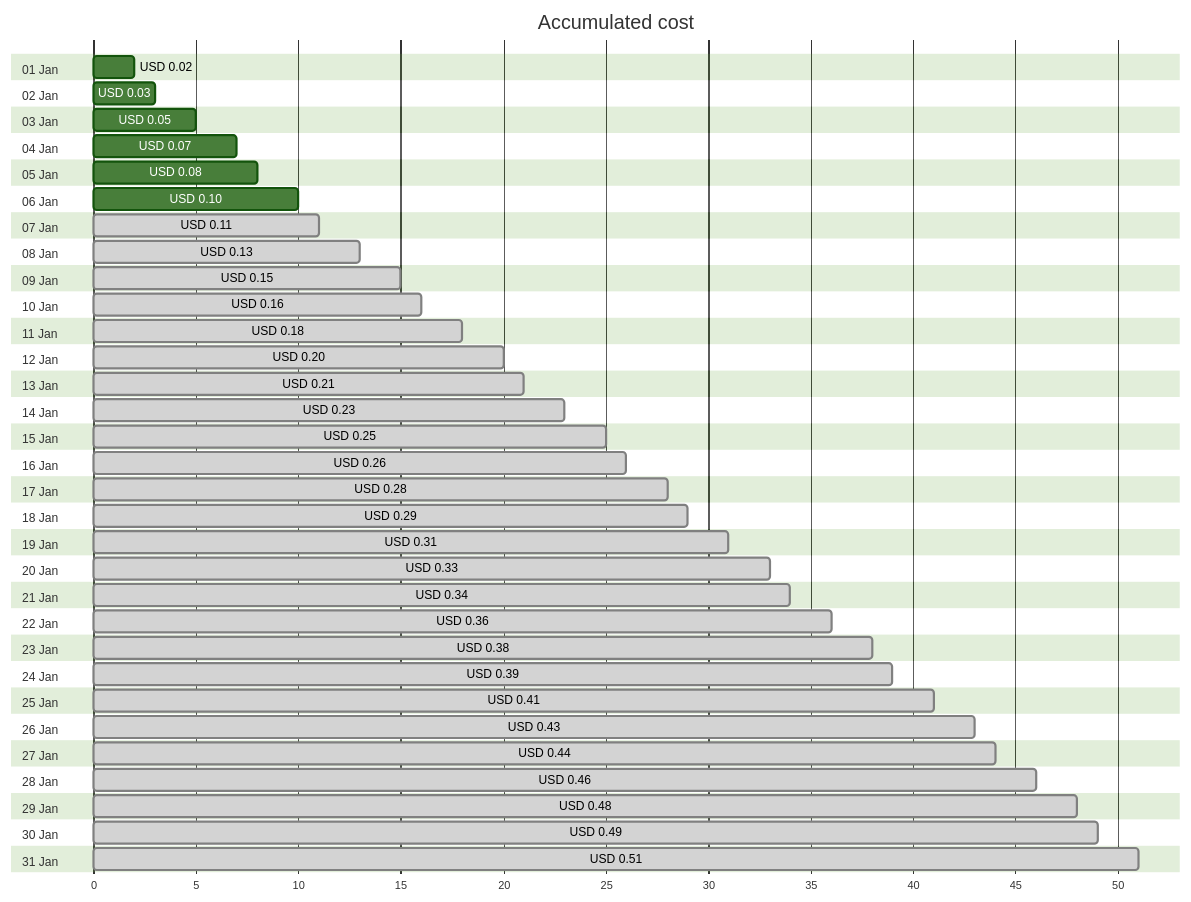
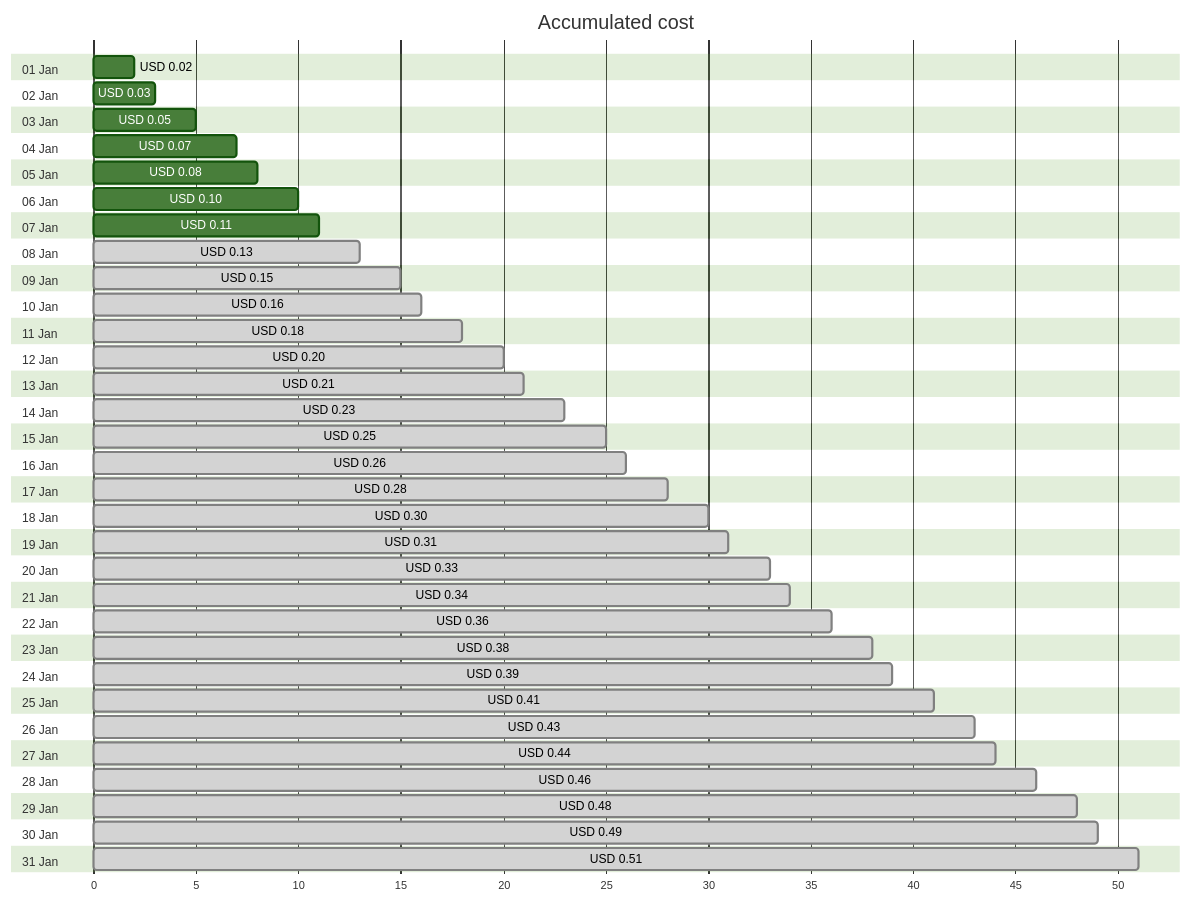
One commit to jpfulton/azure-personal-reports changed the first of 4 diagrams in cost-reports/personal-dns/jpatrickfulton.dev.md. Above: the diagram before and after it, drawn with Mermaid (forest theme). The commit also changed other lines of this file and 2 other files, not shown here.

````diff
--- a/cost-reports/personal-dns/jpatrickfulton.dev.md
+++ b/cost-reports/personal-dns/jpatrickfulton.dev.md
@@ -20,68 +20,68 @@
 ```mermaid
 gantt
    title Accumulated cost
    dateFormat  X
    axisFormat %s
    section 01 Jan
    USD 0.02 :0, 2
    section 02 Jan
    USD 0.03 :0, 3
    section 03 Jan
    USD 0.05 :0, 5
    section 04 Jan
    USD 0.07 :0, 7
    section 05 Jan
    USD 0.08 :0, 8
    section 06 Jan
    USD 0.10 :0, 10
    section 07 Jan
-   USD 0.11 : done, 0, 11
+   USD 0.11 :0, 11
    section 08 Jan
    USD 0.13 : done, 0, 13
    section 09 Jan
    USD 0.15 : done, 0, 15
    section 10 Jan
    USD 0.16 : done, 0, 16
    section 11 Jan
    USD 0.18 : done, 0, 18
    section 12 Jan
    USD 0.20 : done, 0, 20
    section 13 Jan
    USD 0.21 : done, 0, 21
    section 14 Jan
    USD 0.23 : done, 0, 23
    section 15 Jan
    USD 0.25 : done, 0, 25
    section 16 Jan
    USD 0.26 : done, 0, 26
    section 17 Jan
    USD 0.28 : done, 0, 28
    section 18 Jan
-   USD 0.29 : done, 0, 29
+   USD 0.30 : done, 0, 30
    section 19 Jan
    USD 0.31 : done, 0, 31
    section 20 Jan
    USD 0.33 : done, 0, 33
    section 21 Jan
    USD 0.34 : done, 0, 34
    section 22 Jan
    USD 0.36 : done, 0, 36
    section 23 Jan
    USD 0.38 : done, 0, 38
    section 24 Jan
    USD 0.39 : done, 0, 39
    section 25 Jan
    USD 0.41 : done, 0, 41
    section 26 Jan
    USD 0.43 : done, 0, 43
    section 27 Jan
    USD 0.44 : done, 0, 44
    section 28 Jan
    USD 0.46 : done, 0, 46
    section 29 Jan
    USD 0.48 : done, 0, 48
    section 30 Jan
    USD 0.49 : done, 0, 49
    section 31 Jan
    USD 0.51 : done, 0, 51
 ```
````
